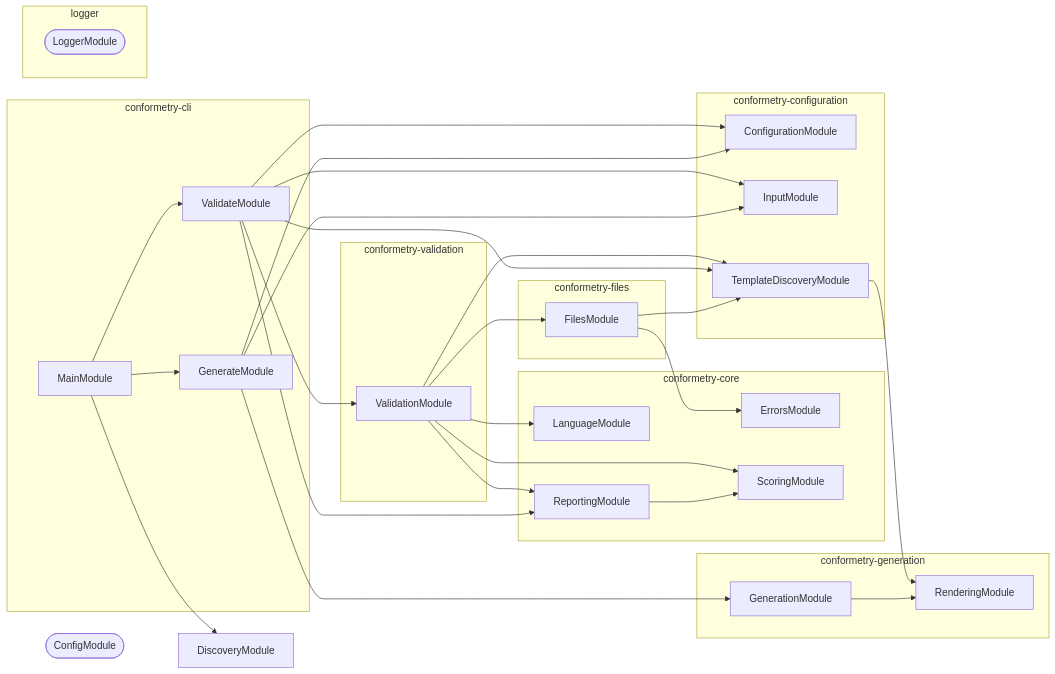
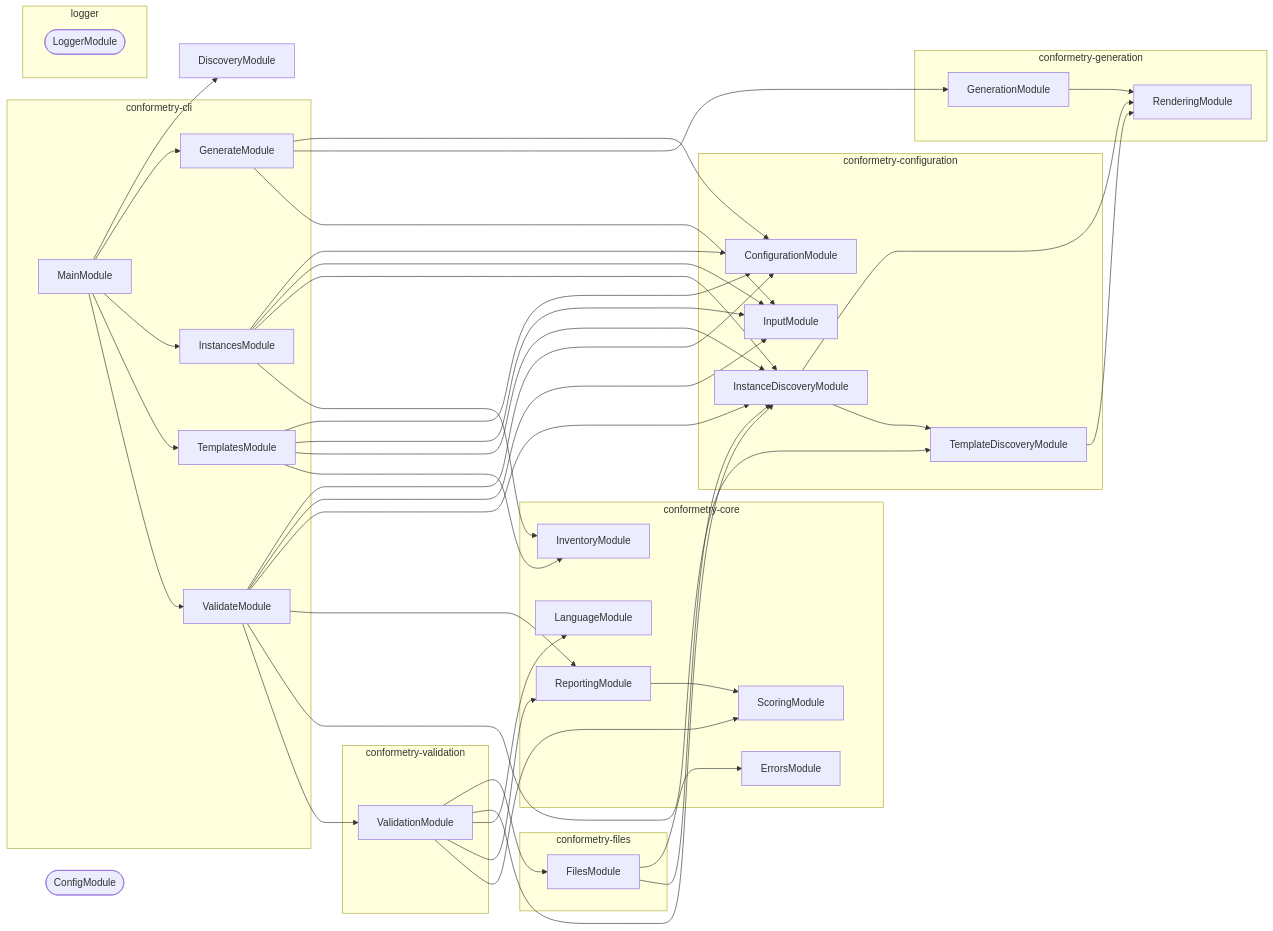
The diagram in packages/conformetry-cli/AGENTS.md (JimmyPaolini/codebase), drawn with Mermaid before and after one commit. The commit also changed other lines of this file and 98 other files, not shown here.

````diff
--- a/packages/conformetry-cli/AGENTS.md
+++ b/packages/conformetry-cli/AGENTS.md
@@ -58,55 +58,72 @@
 ```mermaid
 flowchart LR
   subgraph group0["conformetry-cli"]
     GenerateModule
+    InstancesModule
     MainModule
+    TemplatesModule
     ValidateModule
   end
   subgraph group1["conformetry-configuration"]
     ConfigurationModule
     InputModule
+    InstanceDiscoveryModule
     TemplateDiscoveryModule
   end
   subgraph group2["conformetry-core"]
     ErrorsModule
+    InventoryModule
     LanguageModule
     ReportingModule
     ScoringModule
   end
   subgraph group3["conformetry-files"]
     FilesModule
   end
   subgraph group4["conformetry-generation"]
     GenerationModule
     RenderingModule
   end
   subgraph group5["conformetry-validation"]
     ValidationModule
   end
   subgraph group6["logger"]
     LoggerModule([LoggerModule])
   end
   ConfigModule([ConfigModule])
   DiscoveryModule
   FilesModule --> ErrorsModule
-  FilesModule --> TemplateDiscoveryModule
+  FilesModule --> InstanceDiscoveryModule
   GenerateModule --> ConfigurationModule
   GenerateModule --> GenerationModule
   GenerateModule --> InputModule
   GenerationModule --> RenderingModule
+  InstanceDiscoveryModule --> RenderingModule
+  InstanceDiscoveryModule --> TemplateDiscoveryModule
+  InstancesModule --> ConfigurationModule
+  InstancesModule --> InputModule
+  InstancesModule --> InstanceDiscoveryModule
+  InstancesModule --> InventoryModule
   MainModule --> DiscoveryModule
   MainModule --> GenerateModule
+  MainModule --> InstancesModule
+  MainModule --> TemplatesModule
   MainModule --> ValidateModule
   ReportingModule --> ScoringModule
   TemplateDiscoveryModule --> RenderingModule
+  TemplatesModule --> ConfigurationModule
+  TemplatesModule --> InputModule
+  TemplatesModule --> InstanceDiscoveryModule
+  TemplatesModule --> InventoryModule
   ValidateModule --> ConfigurationModule
   ValidateModule --> InputModule
+  ValidateModule --> InstanceDiscoveryModule
   ValidateModule --> ReportingModule
   ValidateModule --> TemplateDiscoveryModule
   ValidateModule --> ValidationModule
   ValidationModule --> FilesModule
+  ValidationModule --> InstanceDiscoveryModule
   ValidationModule --> LanguageModule
   ValidationModule --> ReportingModule
   ValidationModule --> ScoringModule
-  ValidationModule --> TemplateDiscoveryModule
 ```
````
